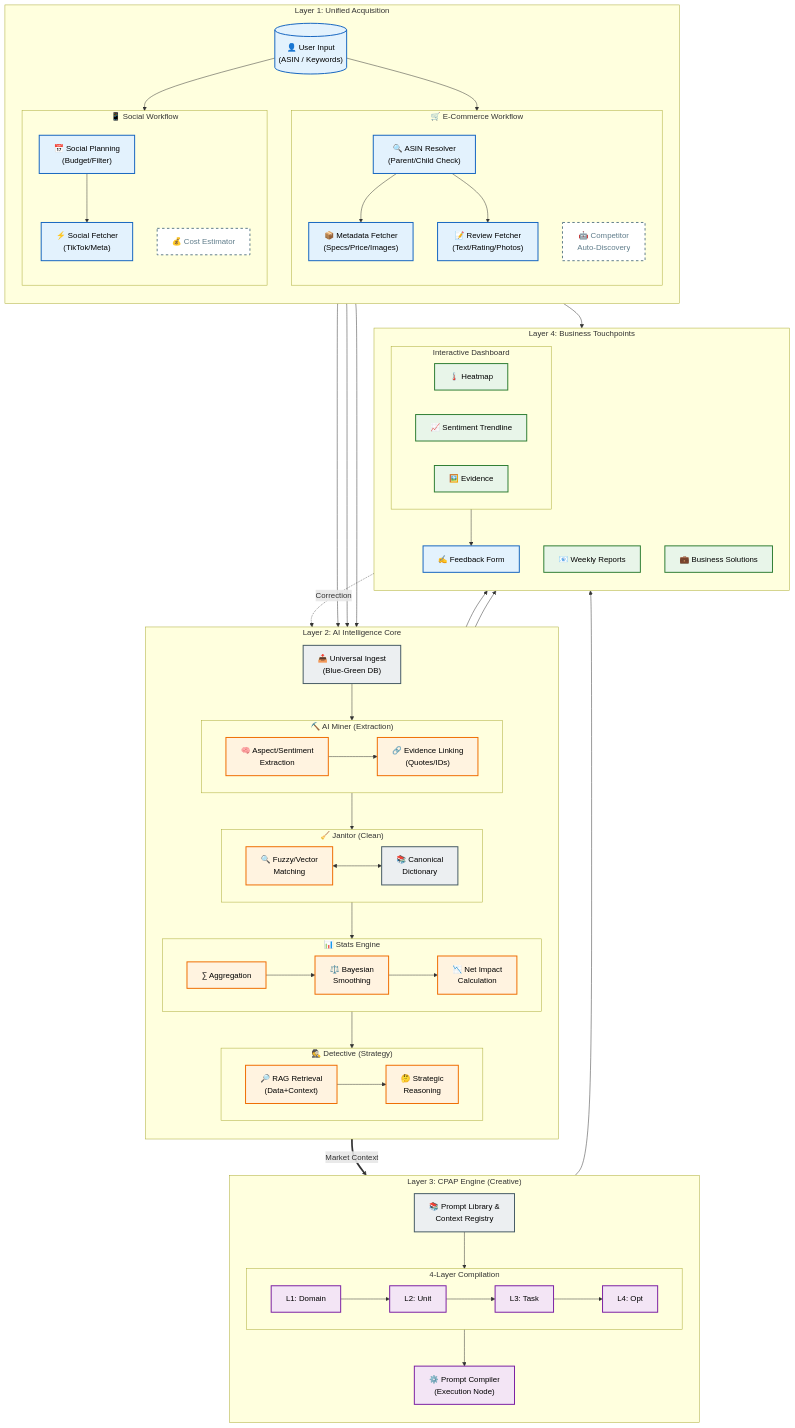
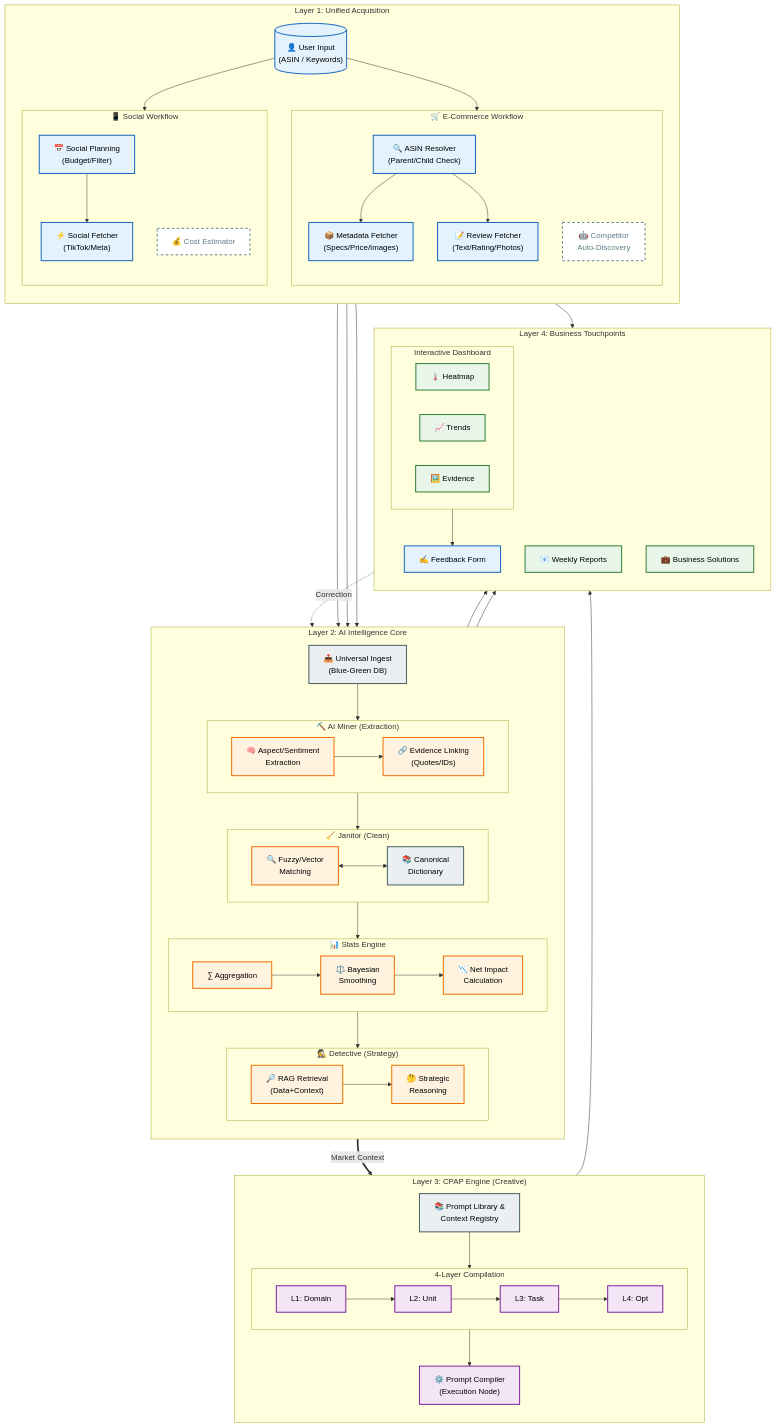
Before and after one commit to Daniel-LeTC/AI_market_intel_platform: the second of 5 diagrams in docs/ECOSYSTEM_NODES_MAP.md, drawn with Mermaid. The commit also changed other lines of this file, not shown here.

Commit message:
docs: finalize Ultimate Master Architecture Map with User-Centric View and detailed Micro details

```diff
--- a/docs/ECOSYSTEM_NODES_MAP.md
+++ b/docs/ECOSYSTEM_NODES_MAP.md
@@ -141,7 +142,7 @@
         subgraph DASHBOARD ["Interactive Dashboard"]
             direction LR
             UI_Heatmap["🌡️ Heatmap"]:::output
-            UI_Trend["📈 Sentiment Trendline"]:::output
+            UI_Trend["📈 Trends"]:::output
             UI_Gallery["🖼️ Evidence"]:::output
         end
         UI_Mail["📧 Weekly Reports"]:::output
```
